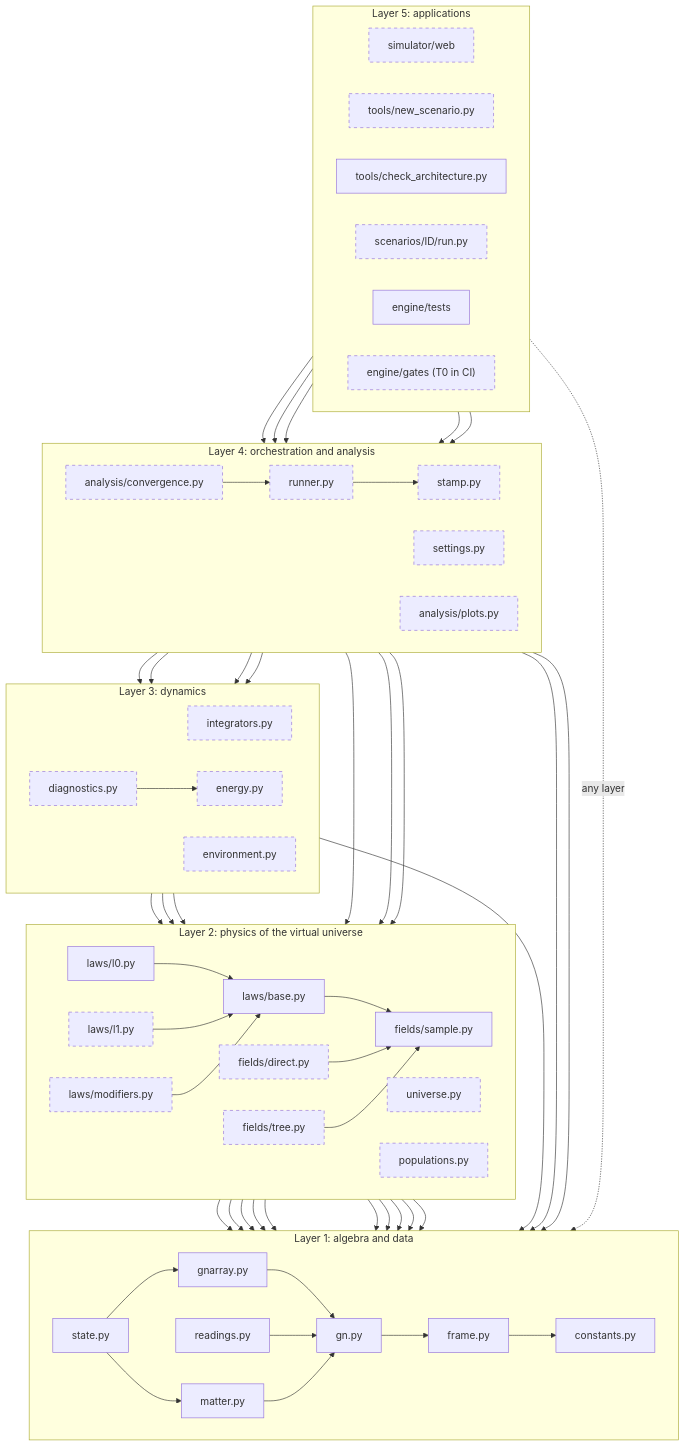
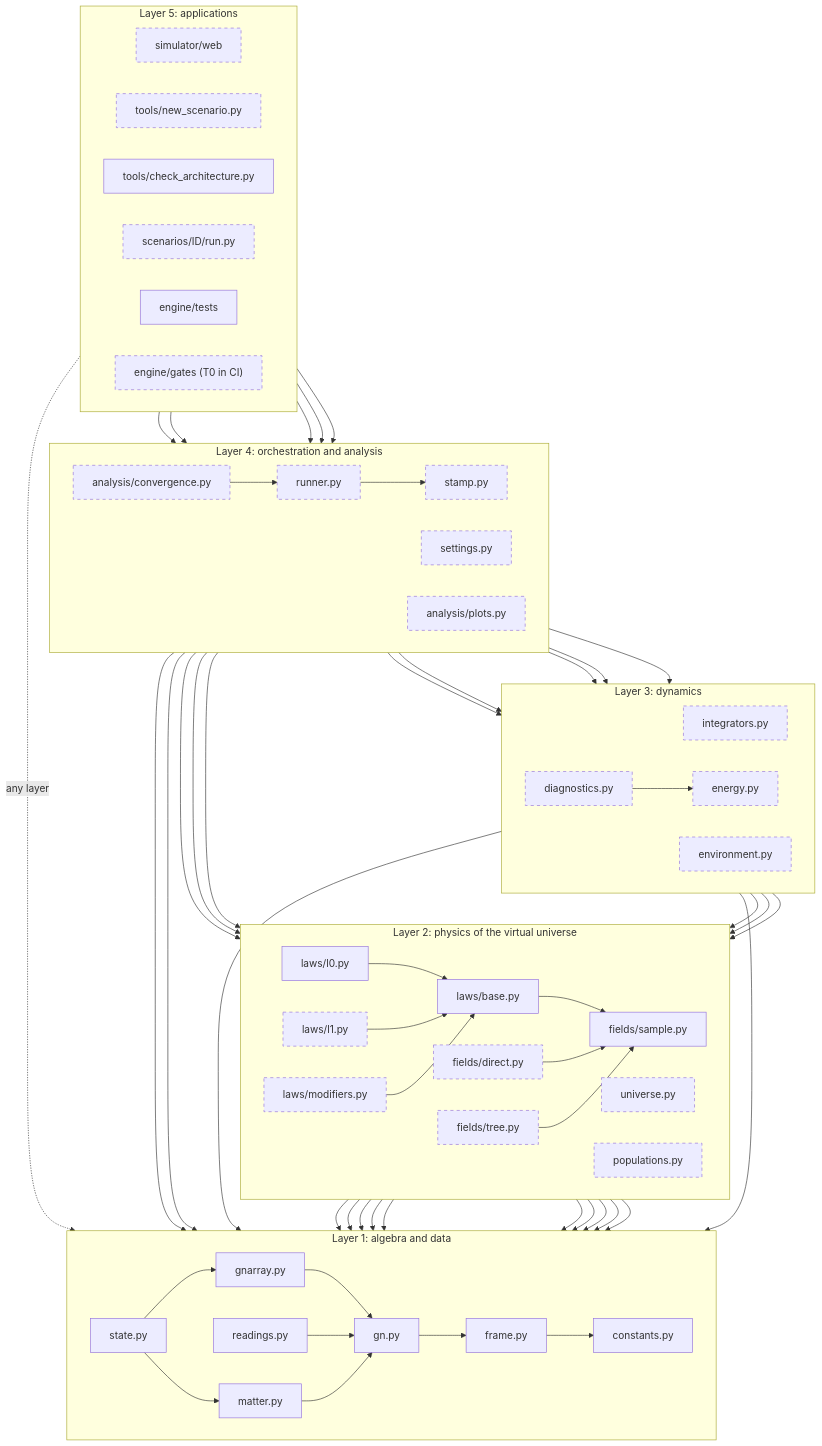
One commit to MostafaDerraz/cosmic-mass-lab changed the second of 8 diagrams in ARCHITECTURE.md. Above: the diagram before and after it, drawn with Mermaid. The commit also changed other lines of this file and 11 other files, not shown here.

```diff
--- a/ARCHITECTURE.md
+++ b/ARCHITECTURE.md
@@ -188,6 +188,8 @@
     plots --> diagnostics
     integrators --> fields
     integrators --> lawbase
+    integrators --> state
+    settings --> environment
     diagnostics --> energy
     energy --> fields
     environment --> state
```
